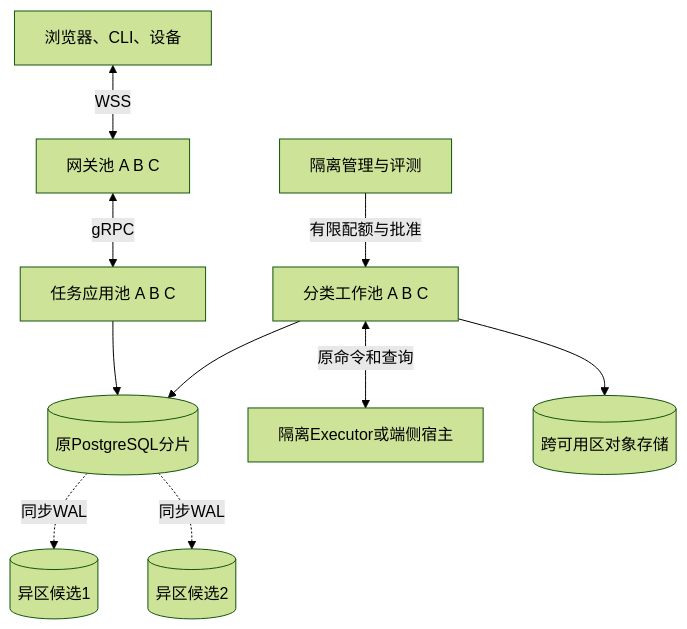
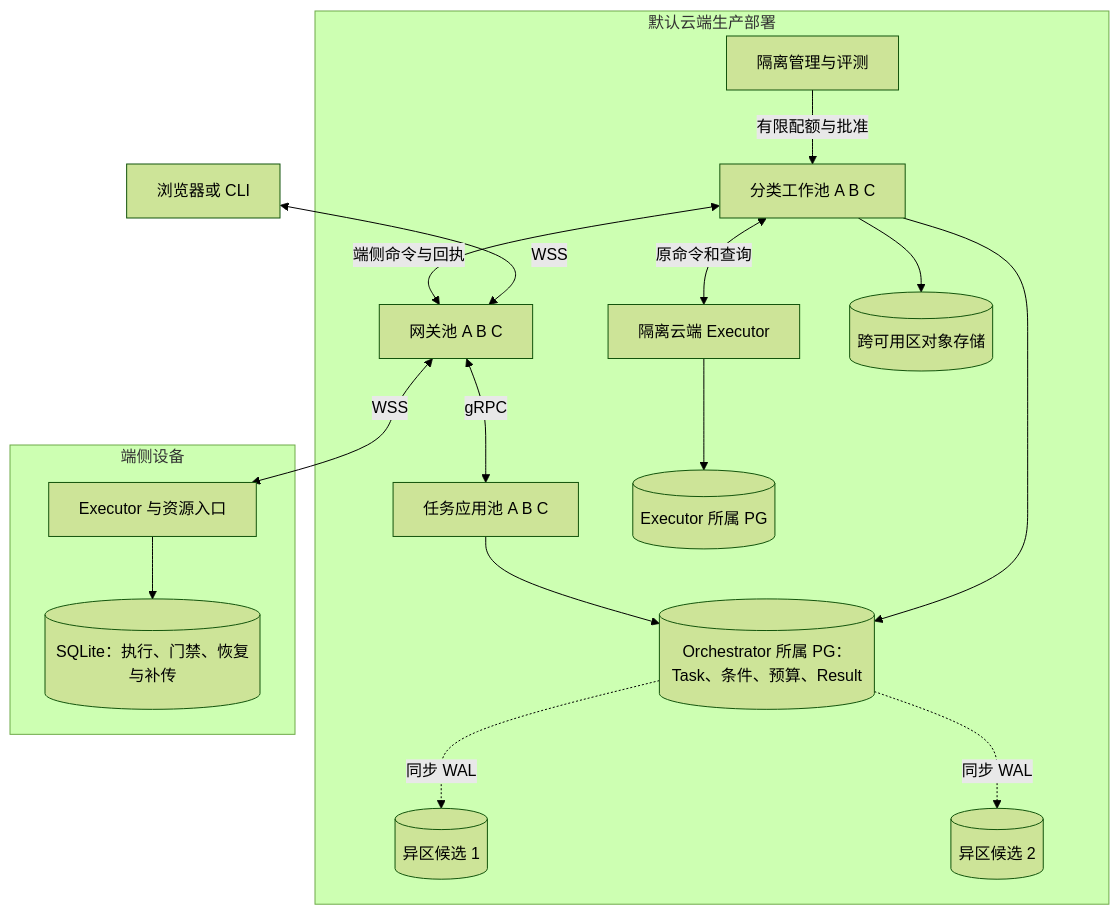
The first of 2 diagrams in docs/architecture/production/README.md (ruipengliu/lerna), drawn with Mermaid (forest theme) before and after one commit. The commit also changed other lines of this file and 24 other files, not shown here.

First line of the commit message:
docs: clarify cloud task authority and device storage boundaries

````diff
--- a/docs/architecture/production/README.md
+++ b/docs/architecture/production/README.md
@@ -9,12 +9,20 @@
 ```mermaid
 flowchart TB
-    U[浏览器、CLI、设备] <-->|WSS| G[网关池 A B C]
-    G <-->|gRPC| A[任务应用池 A B C]
-    W[分类工作池 A B C] --> D[(原PostgreSQL分片)]
-    A --> D
-    D -.同步WAL.-> S1[(异区候选1)]
-    D -.同步WAL.-> S2[(异区候选2)]
-    W <-->|原命令和查询| E[隔离Executor或端侧宿主]
-    W --> C[(跨可用区对象存储)]
-    M[隔离管理与评测] -->|有限配额与批准| W
+    U[浏览器或 CLI] <-->|WSS| G
+    subgraph CLOUD[默认云端生产部署]
+        G[网关池 A B C] <-->|gRPC| A[任务应用池 A B C]
+        W[分类工作池 A B C] --> D[(Orchestrator 所属 PG：Task、条件、预算、Result)]
+        A --> D
+        D -.同步 WAL.-> S1[(异区候选 1)]
+        D -.同步 WAL.-> S2[(异区候选 2)]
+        W <-->|原命令和查询| E[隔离云端 Executor]
+        E --> ED[(Executor 所属 PG)]
+        W <-->|端侧命令与回执| G
+        W --> C[(跨可用区对象存储)]
+        M[隔离管理与评测] -->|有限配额与批准| W
+    end
+    subgraph DEVICE[端侧设备]
+        X[Executor 与资源入口] --> XD[(SQLite：执行、门禁、恢复与补传)]
+    end
+    G <-->|WSS| X
 ```
````
